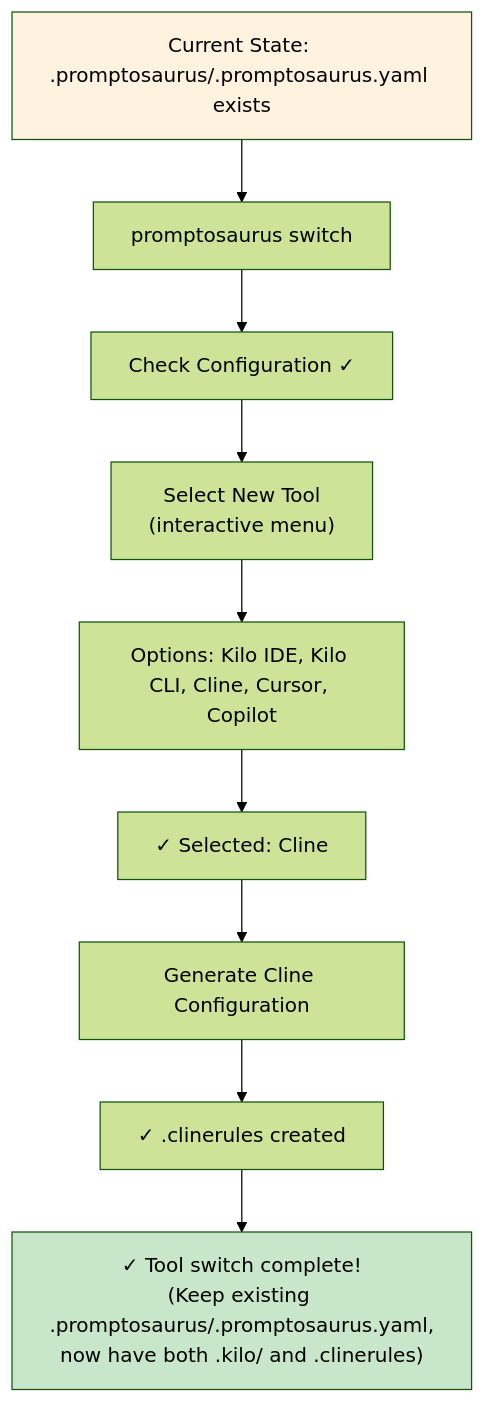
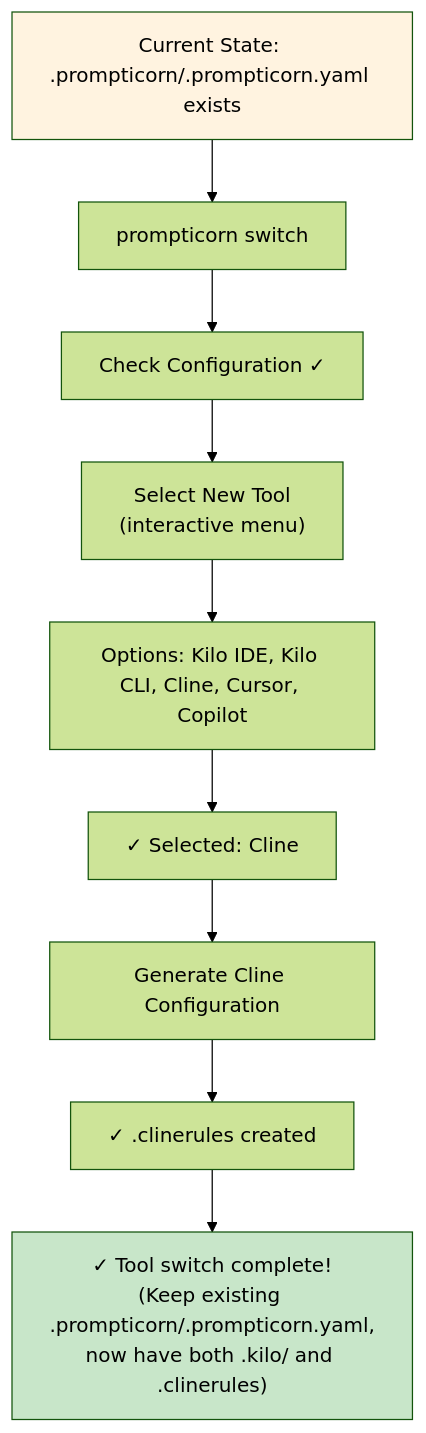
The third of 11 diagrams in docs/DIAGRAMS_GUIDE.md (snoodleboot-io/prompticorn), drawn with Mermaid (forest theme) before and after one commit. The commit also changed other lines of this file and 1334 other files, not shown here.

````diff
--- a/docs/DIAGRAMS_GUIDE.md
+++ b/docs/DIAGRAMS_GUIDE.md
@@ -76,16 +76,16 @@
 ```mermaid
 flowchart TD
-    A["Current State: .promptosaurus/.promptosaurus.yaml exists"] --> B["promptosaurus switch"]
+    A["Current State: .prompticorn/.prompticorn.yaml exists"] --> B["prompticorn switch"]
     B --> C["Check Configuration ✓"]
     C --> D["Select New Tool<br/>(interactive menu)"]
     D --> D1["Options: Kilo IDE, Kilo CLI, Cline, Cursor, Copilot"]
     D1 --> D2["✓ Selected: Cline"]
     
     D2 --> E["Generate Cline Configuration"]
     E --> E1["✓ .clinerules created"]
     
-    E1 --> F["✓ Tool switch complete!<br/>(Keep existing .promptosaurus/.promptosaurus.yaml,<br/>now have both .kilo/ and .clinerules)"]
+    E1 --> F["✓ Tool switch complete!<br/>(Keep existing .prompticorn/.prompticorn.yaml,<br/>now have both .kilo/ and .clinerules)"]
     
     style A fill:#fff3e0
     style F fill:#c8e6c9
 ```
````
